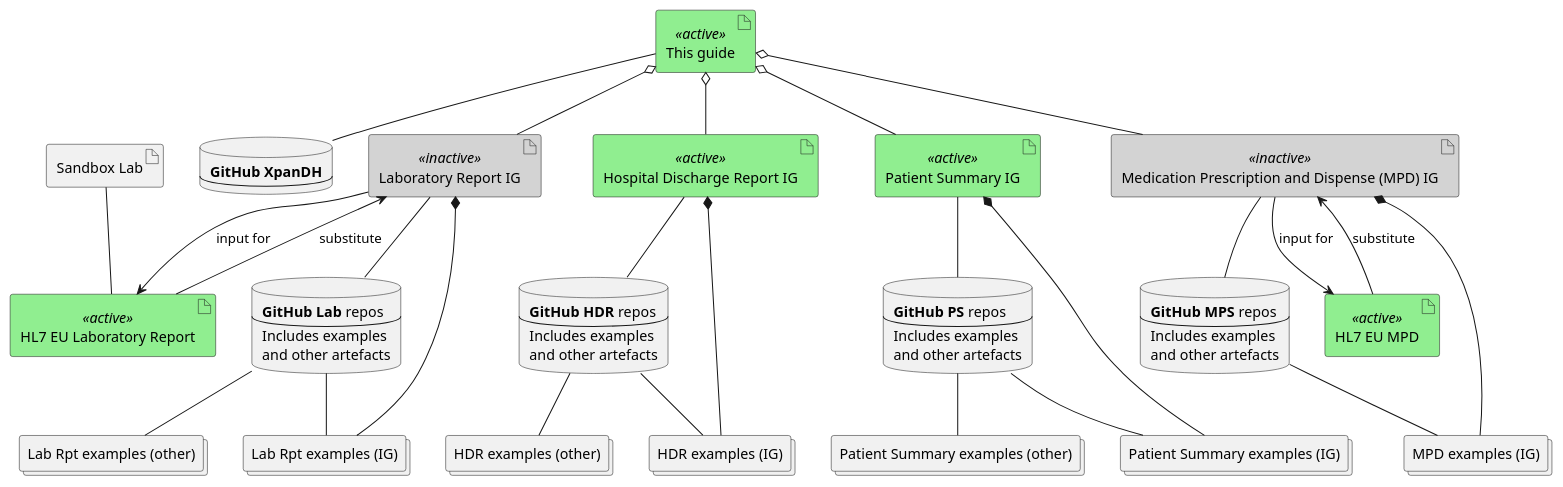
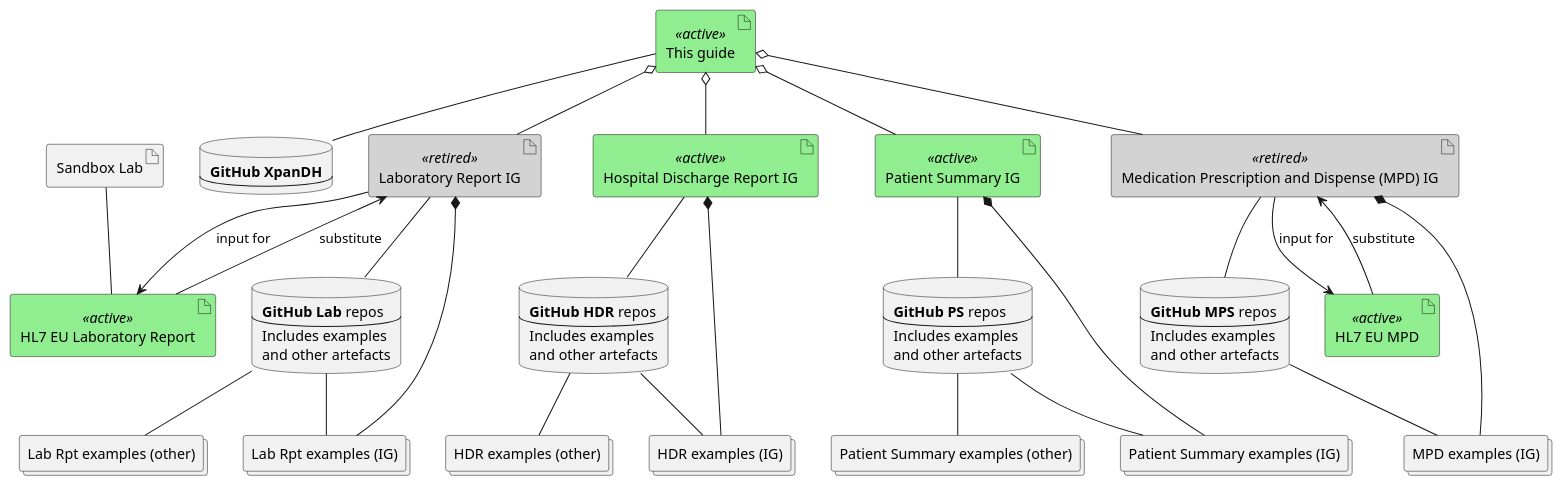
One commit to carmoao/XpanDH changed the diagram in input/images-source/ig-structure.plantuml. Above: the diagram before and after it, drawn with PlantUML. The commit also changed 1 other file, not shown here.

```diff
--- a/input/images-source/ig-structure.plantuml
+++ b/input/images-source/ig-structure.plantuml
@@ -1,123 +1,123 @@
 @startuml
 skinparam artifact {
     BackgroundColor<<active>> LightGreen
-    BackgroundColor<<inactive>> LightGray
+    BackgroundColor<<retired>> LightGray
 }
 
 database GitHubLab [
 <b>GitHub Lab</b> repos
 ----
 Includes examples
 and other artefacts
 ]
 
 database GitHubHDR [
 <b>GitHub HDR</b> repos
 ----
 Includes examples
 and other artefacts
 ]
 
 database GitHubPs [
 <b>GitHub PS</b> repos
 ----
 Includes examples
 and other artefacts
 ]
 
 database GitHubMpd [
 <b>GitHub MPS</b> repos
 ----
 Includes examples
 and other artefacts
 ]
 
 database GitHubXph [
 <b>GitHub XpanDH</b>
 ----
 ]
 
 collections PatientSummaryIg [
 Patient Summary examples (IG)
 ]
 
 collections PatientSummary [
 Patient Summary examples (other)
 ]
 
 collections LabReportIg [
 Lab Rpt examples (IG)
 ]
 
 collections LabReport [
 Lab Rpt examples (other)
 ]
 
 collections HDRIg [
 HDR examples (IG)
 ]
 
 collections MPDIg [
 MPD examples (IG)
 ]
 
 collections HDR [
 HDR examples (other)
 ]
 
 artifact "This guide" <<active>>
-artifact "Laboratory Report IG" <<inactive>>
+artifact "Laboratory Report IG" <<retired>>
 artifact "Hospital Discharge Report IG" <<active>>
 artifact "Patient Summary IG" <<active>>
-artifact "Medication Prescription and Dispense (MPD) IG" as mpd <<inactive>>
+artifact "Medication Prescription and Dispense (MPD) IG" as mpd <<retired>>
 artifact "HL7 EU Laboratory Report" as hl7LabReport <<active>>
 artifact "HL7 EU MPD" as hl7Mpd <<active>>
 
 "This guide" -- GitHubXph 
 "This guide" o-- "Laboratory Report IG"
 "This guide" o-- "Hospital Discharge Report IG"
 "This guide" o-- "Patient Summary IG"
 "This guide" o-- mpd
 
 "Patient Summary IG" -- GitHubPs 
 "Patient Summary IG" *-- PatientSummaryIg 
 GitHubPs -- PatientSummary 
 GitHubPs -- PatientSummaryIg
 
 "Laboratory Report IG" -- GitHubLab 
 "Laboratory Report IG" *-- LabReportIg 
 GitHubLab -- LabReport 
 GitHubLab -- LabReportIg
 
 "Hospital Discharge Report IG" -- GitHubHDR
 "Hospital Discharge Report IG" *-- HDRIg
 GitHubHDR -- HDR
 GitHubHDR -- HDRIg
 
 mpd -- GitHubMpd
 mpd *-- MPDIg 
 GitHubMpd -- MPDIg
 
 hl7LabReport --> "Laboratory Report IG" : substitute
 hl7Mpd --> mpd : substitute
 
 "Laboratory Report IG" --> hl7LabReport : input for
 mpd --> hl7Mpd : input for
 
 artifact "Sandbox Lab" as sandboxLab
 sandboxLab -- hl7LabReport
 url of sandboxLab is [[https://sandbox.hl7europe.eu/]]
 
 url of hl7LabReport is [[https://hl7.eu/fhir/laboratory/]]
 url of hl7Mpd is [[https://build.fhir.org/ig/hl7-eu/mpd/]]
 url of "Patient Summary IG" is [[https://build.fhir.org/ig/hl7-eu/xpandh-ps]]
 url of "Laboratory Report IG" is [[https://build.fhir.org/ig/hl7-eu/xpandh-lab]]
 url of "Hospital Discharge Report IG" is [[https://build.fhir.org/ig/hl7-eu/xpandh-hdr]]
 url of mpd is [[https://build.fhir.org/ig/hl7-eu/xpandh-mpd]]
 
 url of GitHubHDR is [[https://github.com/hl7-eu/xpandh-hdr]]
 url of GitHubLab is [[https://github.com/hl7-eu/xpandh-lab]]
 url of GitHubPs is [[https://github.com/hl7-eu/xpandh-ps]]
 url of GitHubMpd is [[https://github.com/hl7-eu/xpandh-mpd]]
 url of GitHubXph is [[https://github.com/hl7-eu/xpandh]]
 @enduml
```
